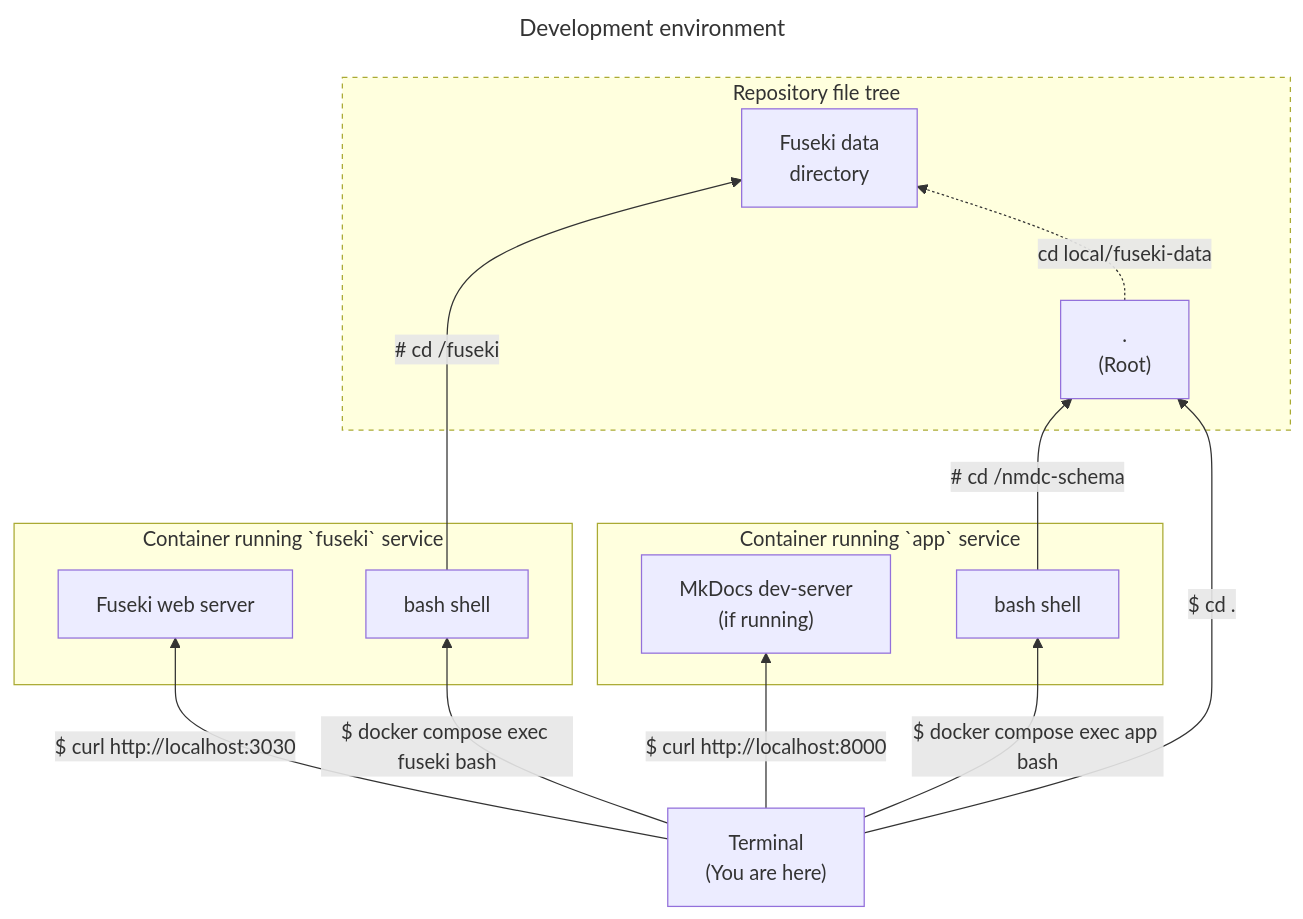
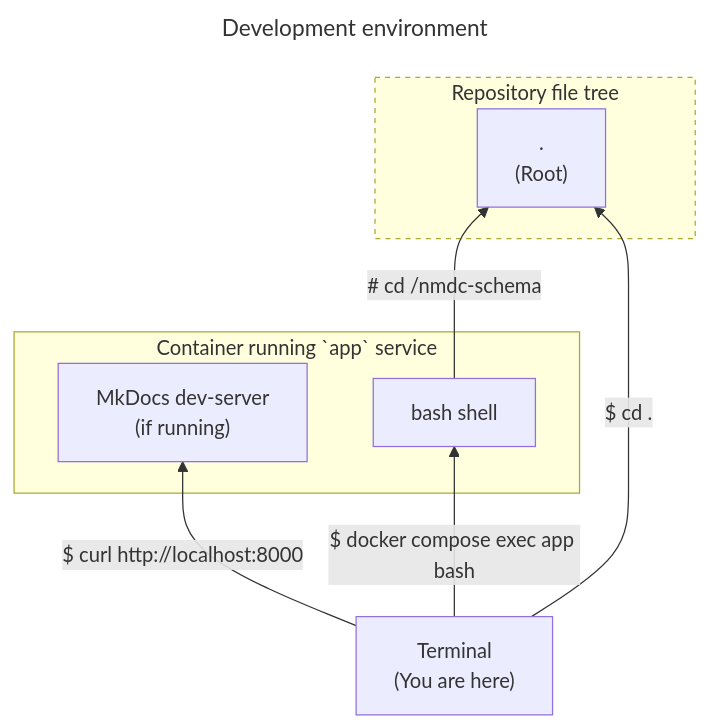
Before and after one commit to microbiomedata/nmdc-schema: the diagram in DEVELOPMENT.md, drawn with Mermaid. The commit also changed other lines of this file and 1 other file, not shown here.

First line of the commit message:
Remove Fuseki container from development stack and update DEVELOPMENT.md

````diff
--- a/DEVELOPMENT.md
+++ b/DEVELOPMENT.md
@@ -32,33 +30,23 @@
 ```mermaid
 ---
 title: Development environment
 ---
 graph BT
     host_terminal["Terminal<br>(You are here)"]
     
     subgraph app_container["Container running `app` service"]
         mkdocs_server["MkDocs dev-server<br>(if running)"]
         app_bash["bash shell"]
     end
     
-    subgraph fuseki_container["Container running `fuseki` service"]
-        fuseki_server["Fuseki web server"]
-        fuseki_bash["bash shell"]
-    end
-    
     subgraph repo_file_tree["Repository file tree"]
         repo_root_dir[".<br>(Root)"]
-        repo_fuseki_dir["./local/fuseki-data<br>(Fuseki data)"]
     end
     style repo_file_tree stroke-dasharray: 4
     
     %% Links:
     host_terminal -- "$ curl http://localhost:8000" --> mkdocs_server
     host_terminal -- "$ docker compose exec app bash" --> app_bash
     app_bash -- "# cd /nmdc-schema" --> repo_root_dir
     host_terminal -- "$ cd ." --> repo_root_dir
-    host_terminal -- "$ curl http://localhost:3030" --> fuseki_server
-    host_terminal -- "$ docker compose exec fuseki bash" --> fuseki_bash
-    fuseki_bash -- "# cd /fuseki" --> repo_fuseki_dir["Fuseki data<br>directory"]
-    repo_root_dir -. "cd local/fuseki-data" .-> repo_fuseki_dir
 ```
````
